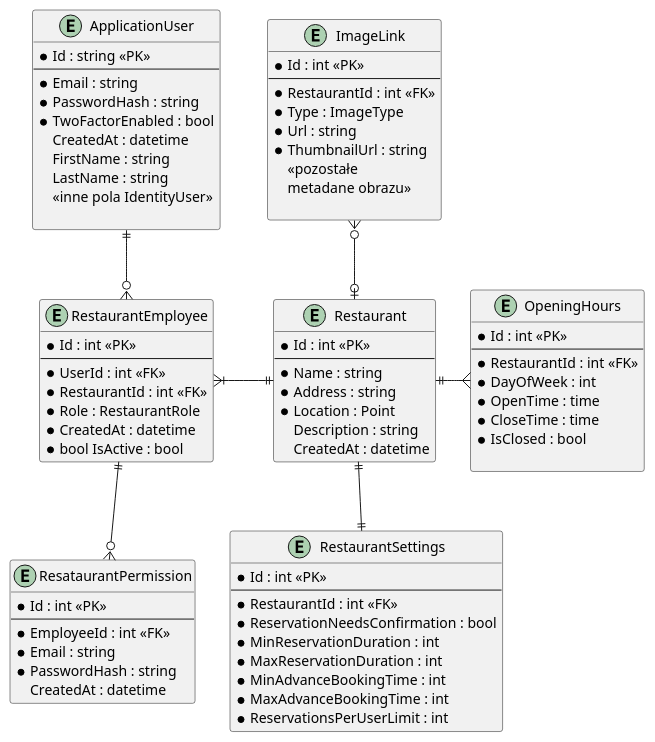
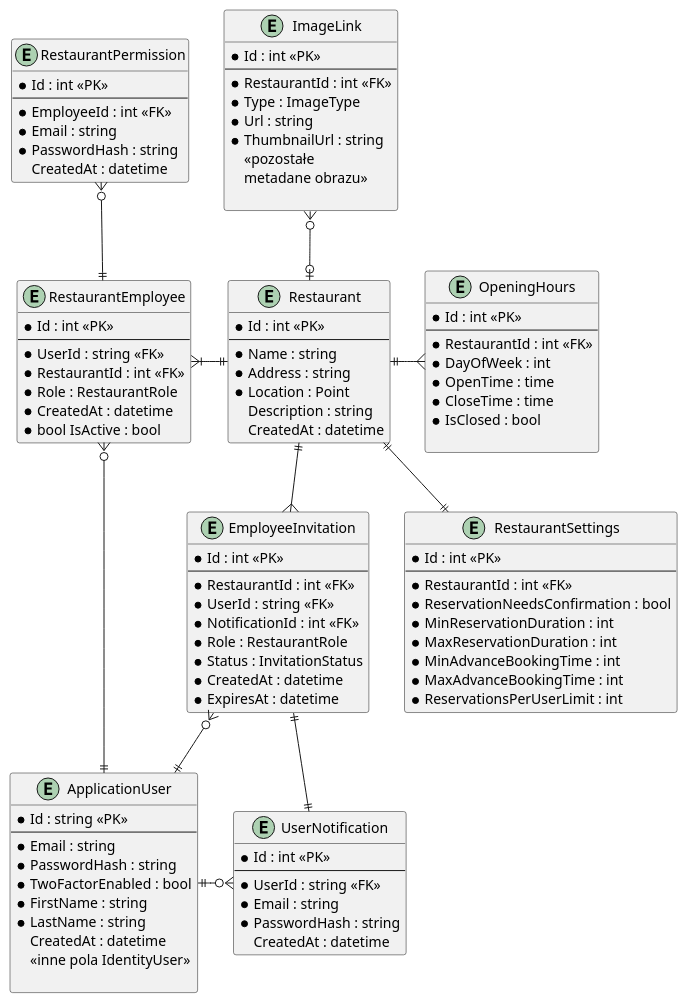
Before and after one commit to WGrot/WG_engineer: the diagram in Docs/Uml/ERD.puml, drawn with PlantUML. The commit also changed 4 other files, not shown here.

Commit message:
updated diagrams

```diff
--- a/Docs/Uml/ERD.puml
+++ b/Docs/Uml/ERD.puml
@@ -1,87 +1,112 @@
 @startuml
 entity ApplicationUser {
     * Id : string <<PK>>
     --
     * Email : string
     * PasswordHash : string
     * TwoFactorEnabled : bool
+    * FirstName : string
+    * LastName : string
     CreatedAt : datetime
-    FirstName : string
-    LastName : string
     <<inne pola IdentityUser>>
 
 }
 
 
 entity RestaurantEmployee {
     * Id : int <<PK>>
     --
-    * UserId : int <<FK>>
+    * UserId : string <<FK>>
     * RestaurantId : int <<FK>>
     * Role : RestaurantRole
     * CreatedAt : datetime
     * bool IsActive : bool
 }
 
-entity ResataurantPermission {
+entity EmployeeInvitation {
+    * Id : int <<PK>>
+    --
+    * RestaurantId : int <<FK>>
+    * UserId : string <<FK>>
+    * NotificationId : int <<FK>>
+    * Role : RestaurantRole
+    * Status : InvitationStatus
+    * CreatedAt : datetime
+    * ExpiresAt : datetime
+}
+
+entity RestaurantPermission {
     * Id : int <<PK>>
     --
     * EmployeeId : int <<FK>>
+    * Email : string
+    * PasswordHash : string
+    CreatedAt : datetime
+}
+
+entity UserNotification {
+    * Id : int <<PK>>
+    --
+    * UserId : string <<FK>>
     * Email : string
     * PasswordHash : string
     CreatedAt : datetime
 }
 
 entity RestaurantSettings {
     * Id : int <<PK>>
     --
     * RestaurantId : int <<FK>>
     *ReservationNeedsConfirmation : bool
     * MinReservationDuration : int
     * MaxReservationDuration : int
     * MinAdvanceBookingTime : int
     * MaxAdvanceBookingTime : int
     * ReservationsPerUserLimit : int
 }
 
 entity Restaurant {
     * Id : int <<PK>>
     --
     * Name : string
     * Address : string
     *Location : Point
     Description : string
     CreatedAt : datetime
 }
 
 entity OpeningHours {
     * Id : int <<PK>>
     --
     * RestaurantId : int <<FK>>
     * DayOfWeek : int
     * OpenTime : time
     * CloseTime : time
     * IsClosed : bool
 
 }
 
 entity ImageLink {
     * Id : int <<PK>>
     --
     * RestaurantId : int <<FK>>
     * Type : ImageType
     * Url : string
     * ThumbnailUrl : string
     <<pozostałe \nmetadane obrazu>>
 
 }
 
 
 ApplicationUser ||--o{ RestaurantEmployee
-RestaurantEmployee ||--o{ ResataurantPermission
+RestaurantEmployee ||-up-o{ RestaurantPermission
 RestaurantEmployee }|-right-|| Restaurant
 Restaurant ||--|| RestaurantSettings
 Restaurant ||-right-{ OpeningHours
 ImageLink }o--o| Restaurant
+Restaurant ||--{ EmployeeInvitation
+EmployeeInvitation }o--|| ApplicationUser
+ApplicationUser ||-right-o{ UserNotification
+EmployeeInvitation ||--|| UserNotification
 
 @enduml
```
